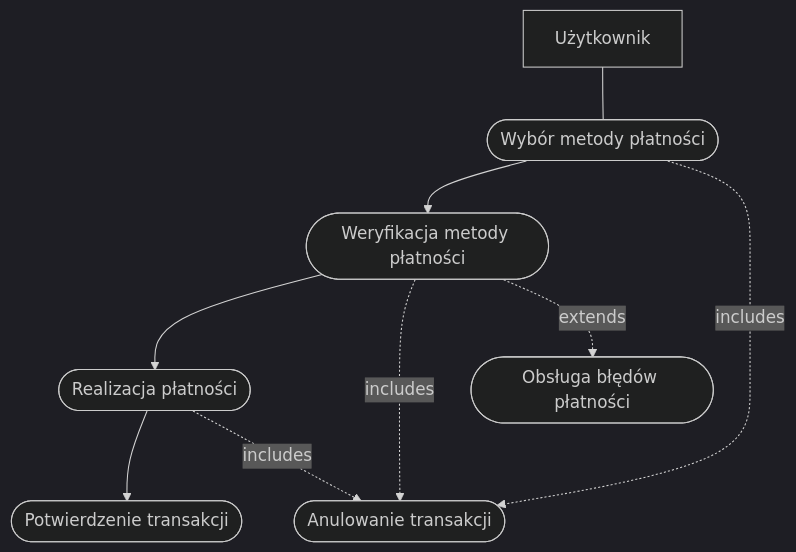
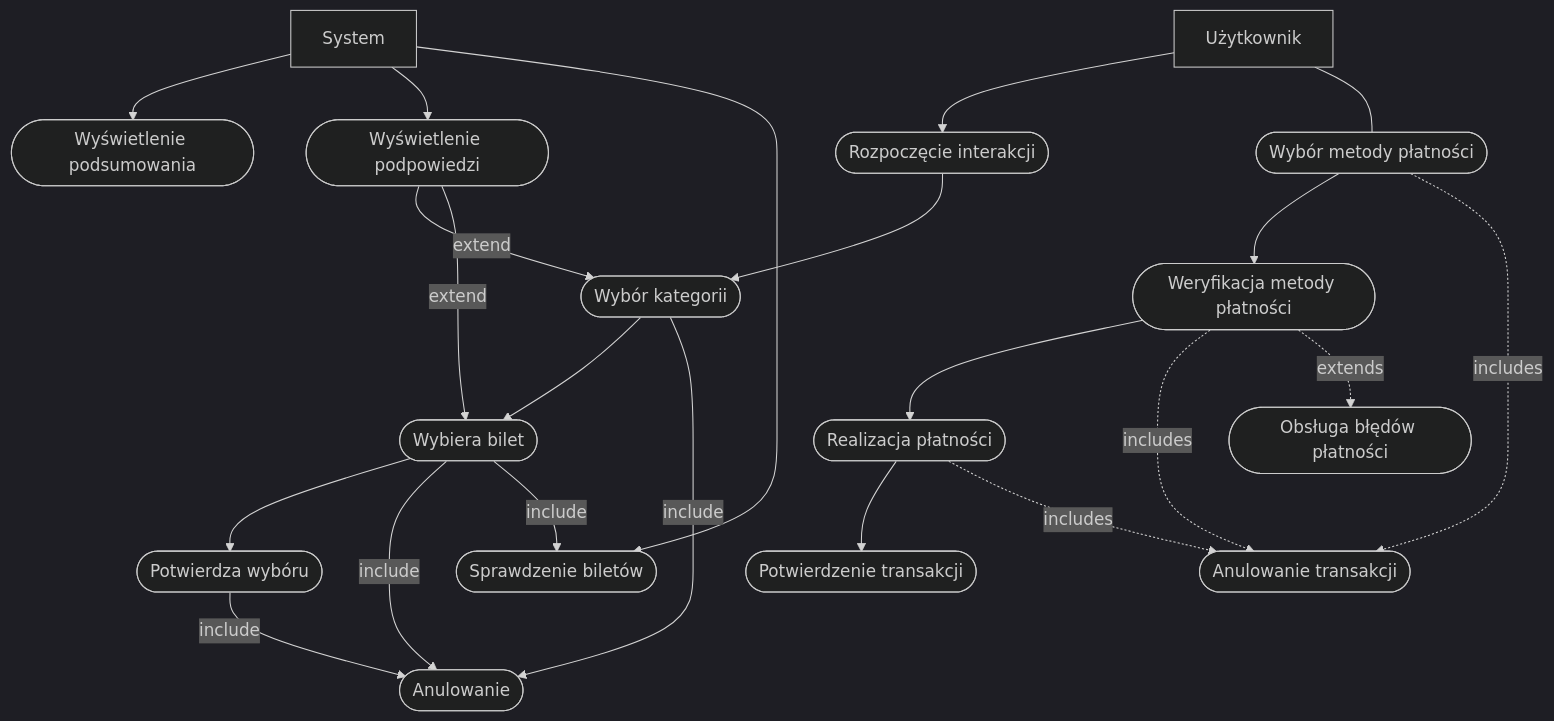
Before and after one commit to s3r10us3r/mwo_lab4: the diagram in uzytkownik.md, drawn with Mermaid (dark theme).

Commit message:
merge diagramów

````diff
--- a/uzytkownik.md
+++ b/uzytkownik.md
@@ -29,12 +15,22 @@
 ```mermaid
 flowchart TD
-    A[Użytkownik] --- B@{shape: stadium, label: "Wybór metody płatności"}
+    Uzytkownik["Użytkownik"] --> PodchodziDoBiletomatu(["Rozpoczęcie interakcji"]) 
+    PodchodziDoBiletomatu --> WybieraKategorieBiletu(["Wybór kategorii"])
+    WybieraKategorieBiletu --> WybieraBilet(["Wybiera bilet"])
+    WybieraBilet --> PotwierdzaBilet(["Potwierdza wybóru"])
+    WybieraKategorieBiletu -- include --> Anulowanie(["Anulowanie"])
+    WybieraBilet -- include --> Anulowanie & SprawdzenieBiletów(["Sprawdzenie biletów"])
+    PotwierdzaBilet -- include --> Anulowanie
+    Wyświetleniepodpowiedzi(["Wyświetlenie podpowiedzi"]) -- extend --> WybieraKategorieBiletu & WybieraBilet
+    System["System"] --> WyświetleniePodsumowania(["Wyświetlenie podsumowania"]) & Wyświetleniepodpowiedzi & SprawdzenieBiletów
+
+    Uzytkownik --- B@{shape: stadium, label: "Wybór metody płatności"}
     B --> C@{shape: stadium, label: "Weryfikacja metody płatności"}
     C --> D@{shape: stadium, label: "Realizacja płatności"}
     D --> E@{shape: stadium, label: "Potwierdzenie transakcji"}
     F@{shape: stadium, label: "Anulowanie transakcji"}
     B -.includes.-> F
     C -.includes.-> F
     D -.includes.-> F
     C -.extends.-> G@{shape: stadium, label: "Obsługa błędów płatności"}
 ```
````
